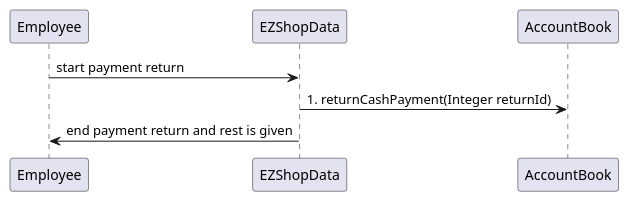
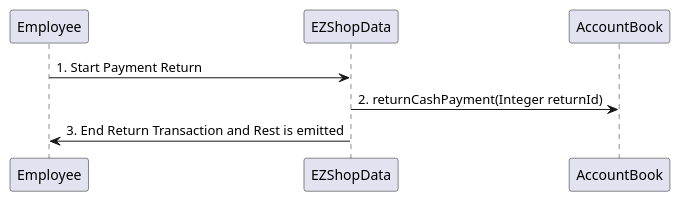
One commit to djemar/softeng_ezshop changed diagram 31 of 31 in Deliverables/DesignDocument.md. Above: the diagram before and after it, drawn with PlantUML. The commit also changed other lines of this file, not shown here.

Commit message:
sequence diagram

````diff
--- a/Deliverables/DesignDocument.md
+++ b/Deliverables/DesignDocument.md
@@ -567,6 +573,6 @@
 ```plantuml
-"Employee" -> "EZShopData" : start payment return
-"EZShopData" -> "AccountBook": 1. returnCashPayment(Integer returnId)
-"EZShopData" -> "Employee" : end payment return and rest is given
+"Employee" -> "EZShopData" : 1. Start Payment Return
+"EZShopData" -> "AccountBook": 2. returnCashPayment(Integer returnId)
+"EZShopData" -> "Employee" :  3. End Return Transaction and Rest is emitted
 
 ```
````
